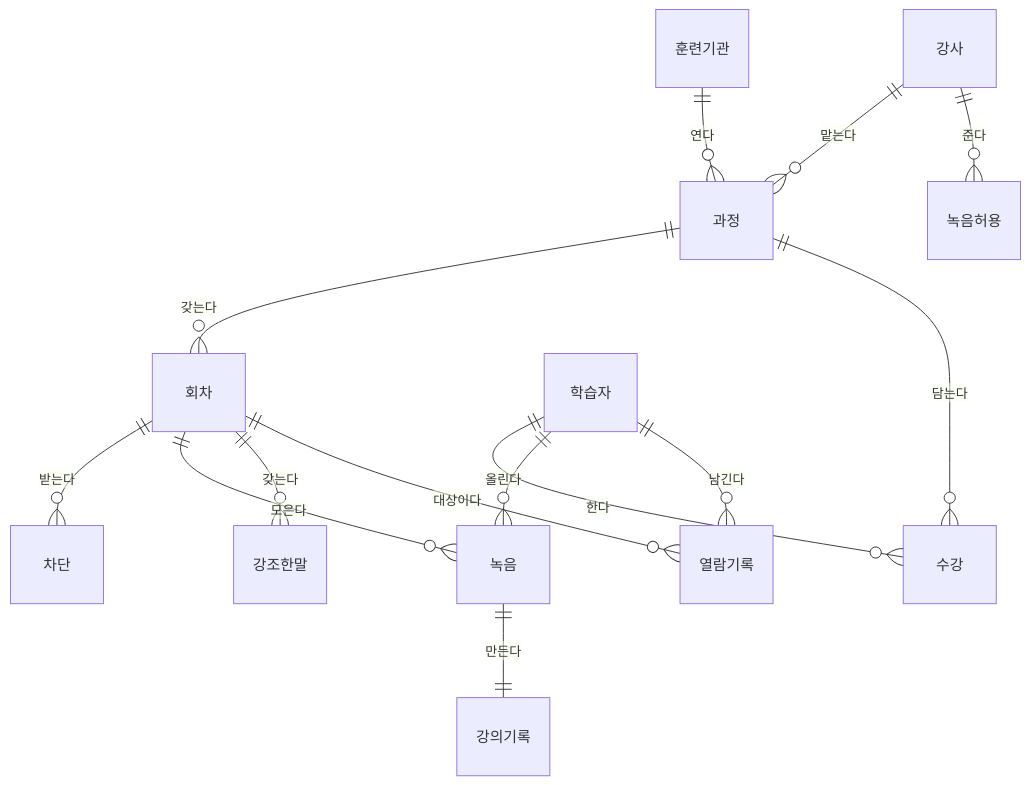
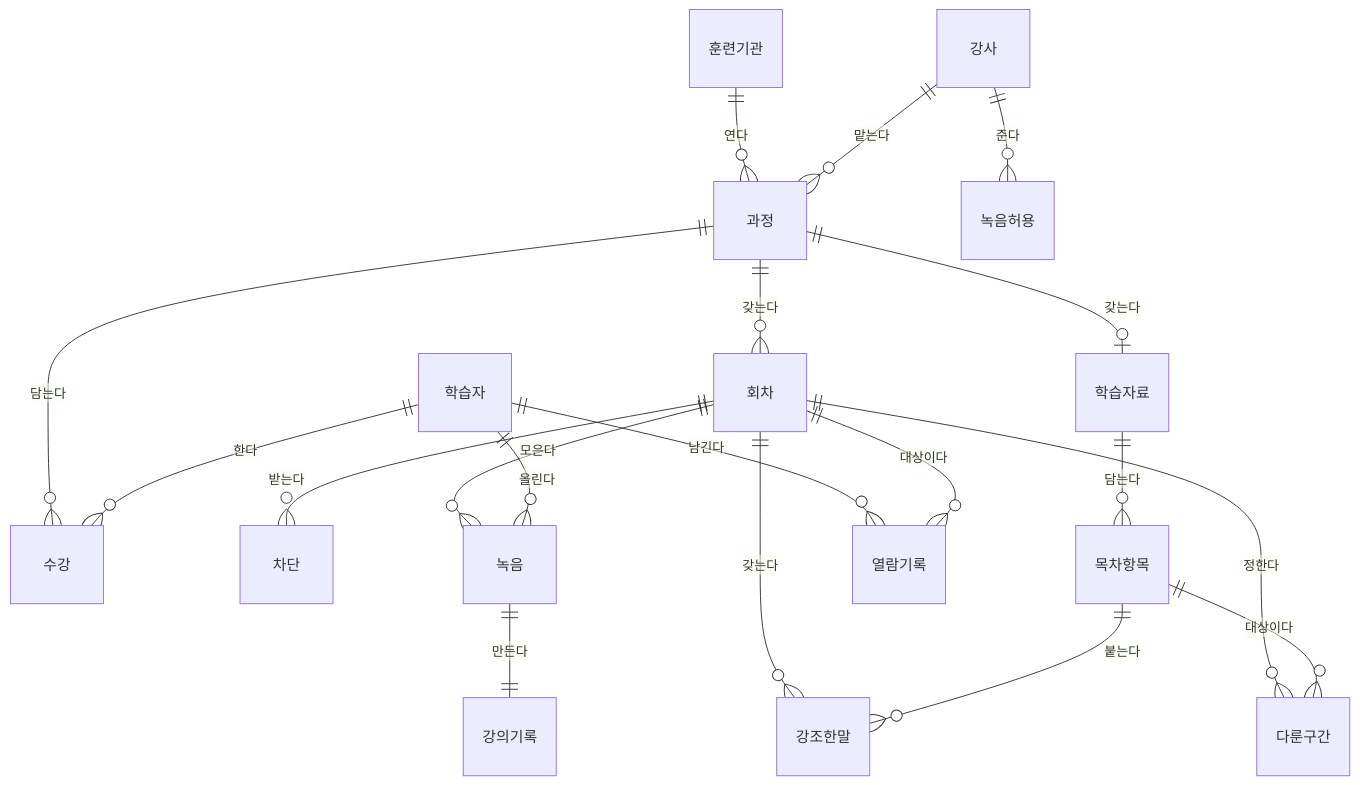
One commit to hayoungv/kokjip changed the fourth of 7 diagrams in docs/02-srs/srs.md. Above: the diagram before and after it, drawn with Mermaid. The commit also changed other lines of this file, not shown here.

````diff
--- a/docs/02-srs/srs.md
+++ b/docs/02-srs/srs.md
@@ -186,16 +195,21 @@
 ```mermaid
 erDiagram
     훈련기관 ||--o{ 과정 : "연다"
     과정 ||--o{ 회차 : "갖는다"
     과정 ||--o{ 수강 : "담는다"
     학습자 ||--o{ 수강 : "한다"
     강사 ||--o{ 과정 : "맡는다"
     강사 ||--o{ 녹음허용 : "준다"
     회차 ||--o{ 차단 : "받는다"
     회차 ||--o{ 녹음 : "모은다"
     학습자 ||--o{ 녹음 : "올린다"
     녹음 ||--|| 강의기록 : "만든다"
     회차 ||--o{ 강조한말 : "갖는다"
+    과정 ||--o| 학습자료 : "갖는다"
+    학습자료 ||--o{ 목차항목 : "담는다"
+    회차 ||--o{ 다룬구간 : "정한다"
+    목차항목 ||--o{ 다룬구간 : "대상이다"
+    목차항목 ||--o{ 강조한말 : "붙는다"
     학습자 ||--o{ 열람기록 : "남긴다"
     회차 ||--o{ 열람기록 : "대상이다"
 ```
````
